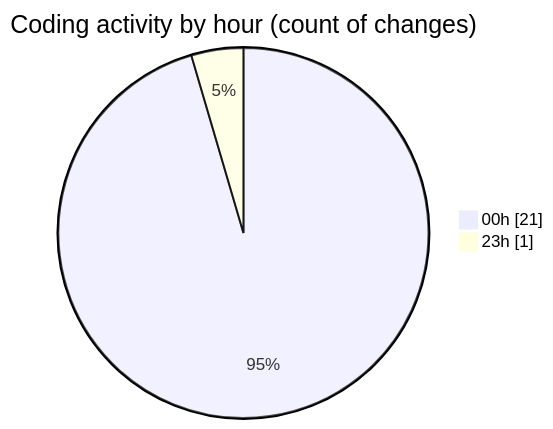
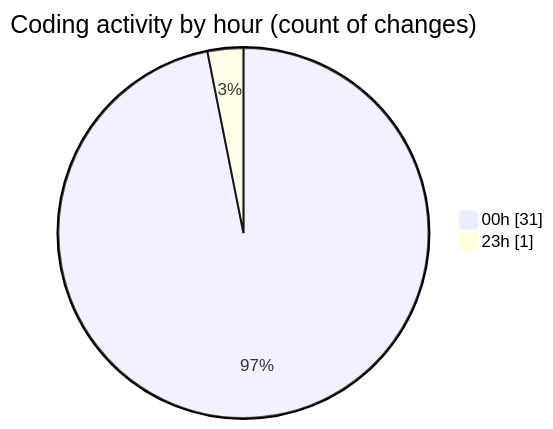
Before and after one commit to nxtqubesakshisongat/code-tracking: the second of 2 diagrams in 2026-03-15/nxtqube_webapp/README.md, drawn with Mermaid. The commit also changed other lines of this file and 1 other file, not shown here.

````diff
--- a/2026-03-15/nxtqube_webapp/README.md
+++ b/2026-03-15/nxtqube_webapp/README.md
@@ -28,6 +28,6 @@
 ```mermaid
 pie showData
 title Coding activity by hour (count of changes)
-"00h" : 21
+"00h" : 31
 "23h" : 1
 ```
````
